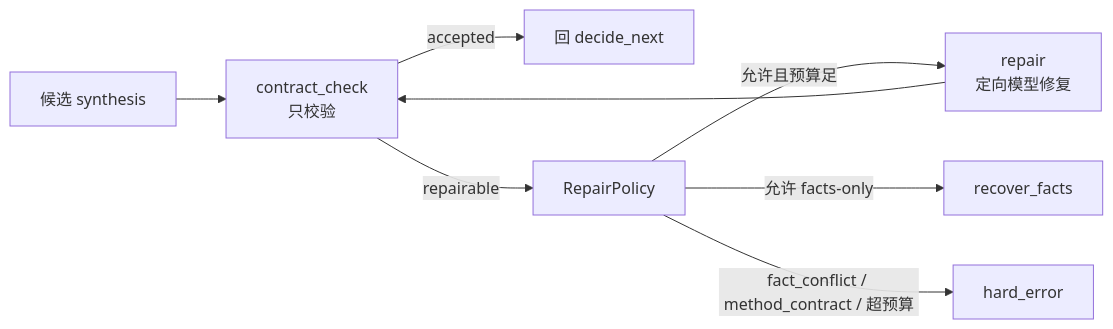
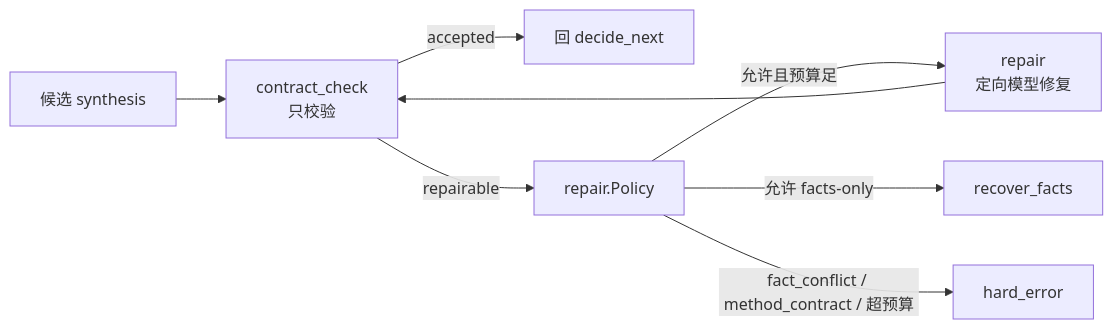
The seventh of 10 diagrams in docs/bazi-graph-current-snapshot.md (observer-mimiron/suanming-agent), drawn with Mermaid before and after one commit. The commit also changed other lines of this file and 23 other files, not shown here.

````diff
--- a/docs/bazi-graph-current-snapshot.md
+++ b/docs/bazi-graph-current-snapshot.md
@@ -411,10 +411,10 @@
 ```mermaid
 flowchart LR
     CAND["候选 synthesis"] --> CHECK["contract_check\n只校验"]
     CHECK -->|"accepted"| NEXT["回 decide_next"]
-    CHECK -->|"repairable"| POLICY["RepairPolicy"]
+    CHECK -->|"repairable"| POLICY["repair.Policy"]
     POLICY -->|"允许且预算足"| REPAIR["repair\n定向模型修复"]
     REPAIR --> CHECK
     POLICY -->|"允许 facts-only"| FACTS["recover_facts"]
     POLICY -->|"fact_conflict / method_contract / 超预算"| HARD["hard_error"]
 ```
````
